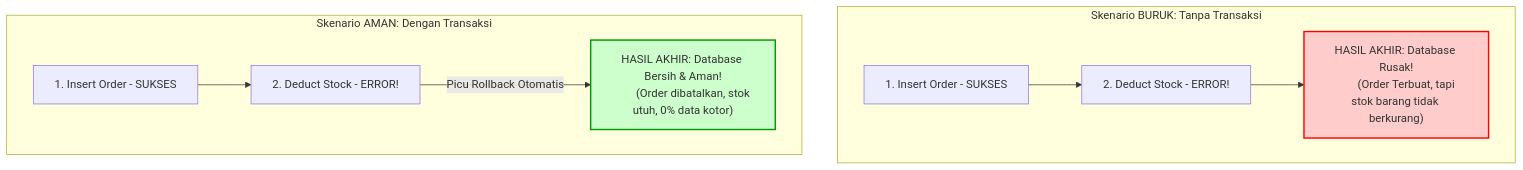
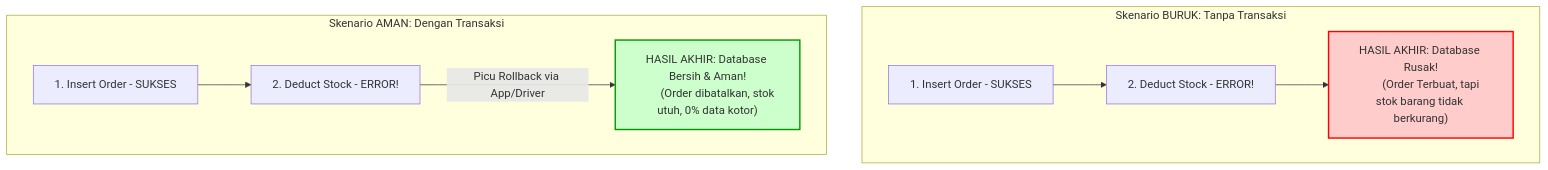
Before and after one commit to syahputrawork98-sketch/PostgreSQL-Knowledge-Base: the diagram in materi/04-postgresql-untuk-aplikasi/buku-01-postgresql-dalam-backend-application/bab-06-transaksi-database-untuk-aplikasi.md, drawn with Mermaid. The commit also changed other lines of this file and 7 other files, not shown here.

````diff
--- a/materi/04-postgresql-untuk-aplikasi/buku-01-postgresql-dalam-backend-application/bab-06-transaksi-database-untuk-aplikasi.md
+++ b/materi/04-postgresql-untuk-aplikasi/buku-01-postgresql-dalam-backend-application/bab-06-transaksi-database-untuk-aplikasi.md
@@ -58,17 +58,17 @@
 ```mermaid
 graph TD
     subgraph Multi-step Tanpa Transaksi [Skenario BURUK: Tanpa Transaksi]
         A1[1. Insert Order - SUKSES] --> B1[2. Deduct Stock - ERROR!]
         B1 --> C1["HASIL AKHIR: Database Rusak!
         (Order Terbuat, tapi stok barang tidak berkurang)"]
     end
 
     subgraph Multi-step Dengan Transaksi [Skenario AMAN: Dengan Transaksi]
         A2[1. Insert Order - SUKSES] --> B2[2. Deduct Stock - ERROR!]
-        B2 -->|Picu Rollback Otomatis| C2["HASIL AKHIR: Database Bersih & Aman!
+        B2 -->|Picu Rollback via App/Driver| C2["HASIL AKHIR: Database Bersih & Aman!
         (Order dibatalkan, stok utuh, 0% data kotor)"]
     end
 
     style C1 fill:#ffcccc,stroke:#ff0000,stroke-width:2px
     style C2 fill:#ccffcc,stroke:#009900,stroke-width:2px
 ```
````
